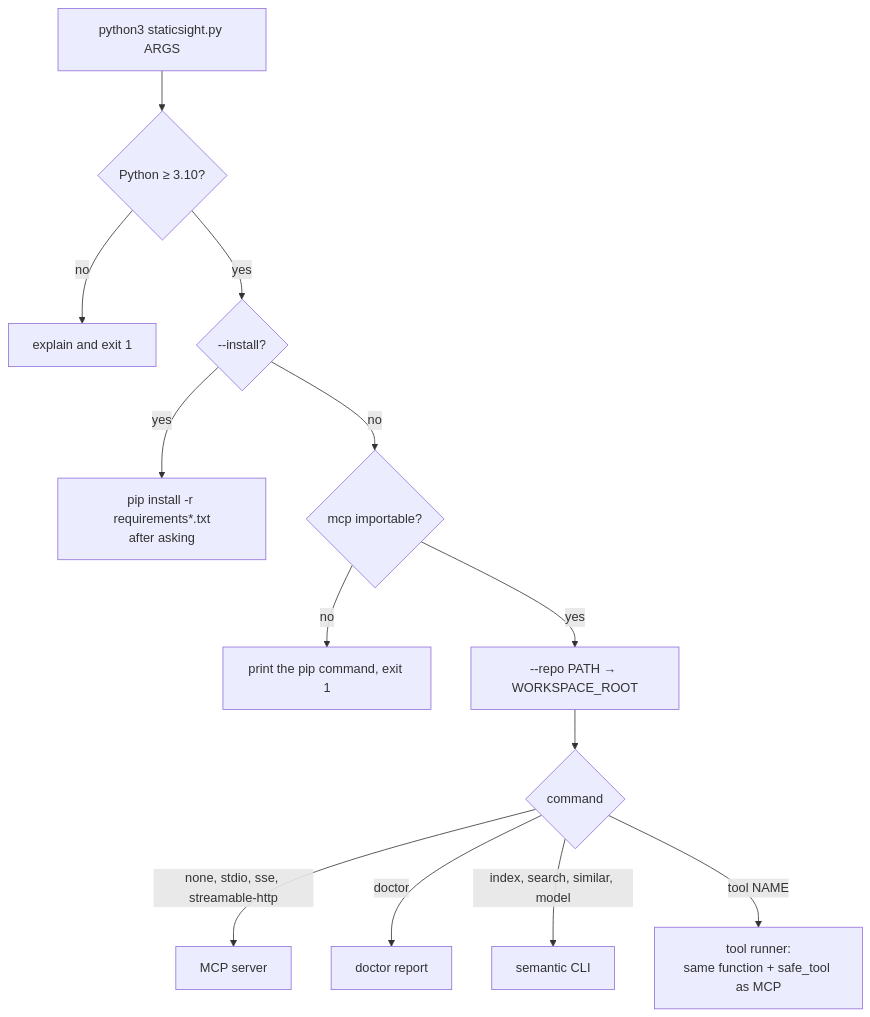
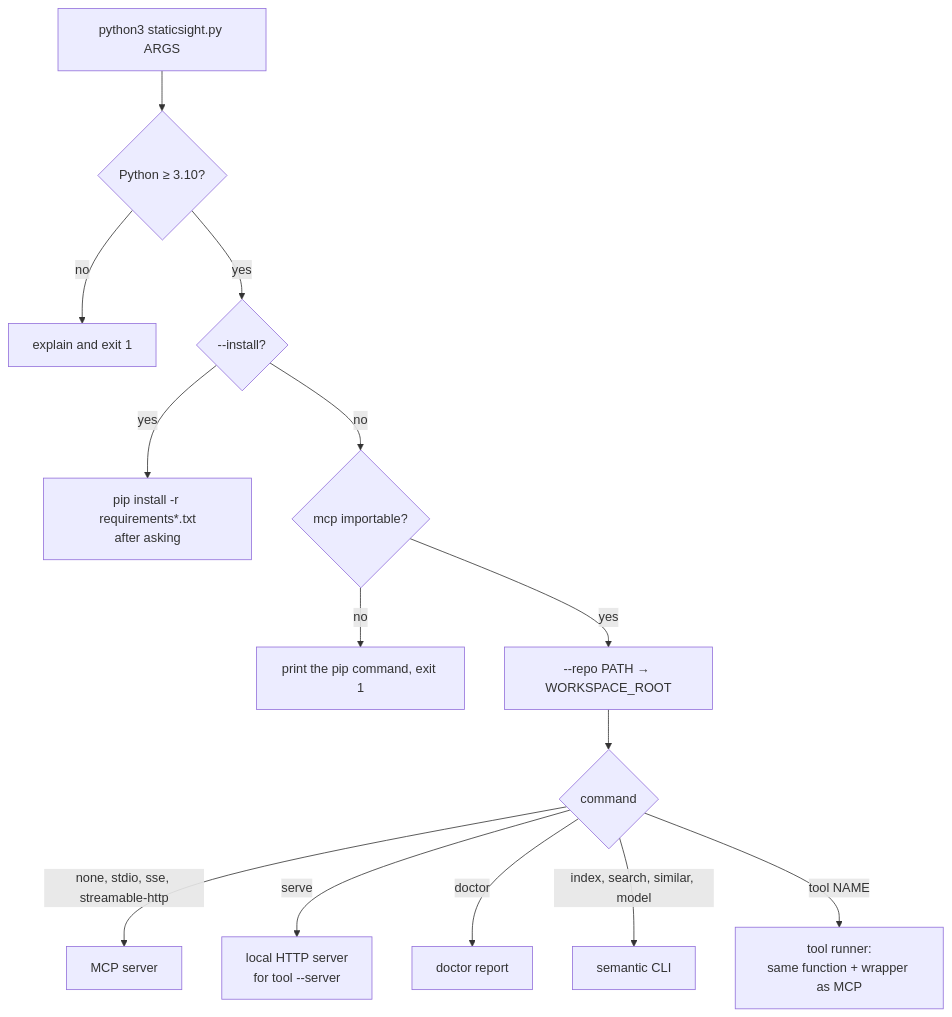
Before and after one commit to rashmirrout/StaticSight: the second of 3 diagrams in docs/book/04-architecture.md, drawn with Mermaid. The commit also changed other lines of this file and 174 other files, not shown here.

Commit message:
Expand code intelligence tools and improve cross-platform reliability 	- Add graph analysis, change planning, and finding verification tools       	- Add embedding model selection and improve Windows path and IPv6 handling 	- Expand documentation, fixtures, and Python/TypeScript parity coverage

````diff
--- a/docs/book/04-architecture.md
+++ b/docs/book/04-architecture.md
@@ -95,15 +111,16 @@
 ```mermaid
 flowchart TD
     A[python3 staticsight.py ARGS] --> B{Python ≥ 3.10?}
     B -->|no| X1[explain and exit 1]
     B -->|yes| C{--install?}
     C -->|yes| I[pip install -r requirements*.txt<br/>after asking]
     C -->|no| D{mcp importable?}
     D -->|no| X2[print the pip command, exit 1]
     D -->|yes| F[--repo PATH → WORKSPACE_ROOT]
     F --> G{command}
     G -->|none, stdio, sse, streamable-http| S[MCP server]
+    G -->|serve| SV[local HTTP server<br/>for tool --server]
     G -->|doctor| DR[doctor report]
     G -->|index, search, similar, model| CL[semantic CLI]
-    G -->|tool NAME| TR[tool runner:<br/>same function + safe_tool as MCP]
+    G -->|tool NAME| TR[tool runner:<br/>same function + wrapper as MCP]
 ```
````
